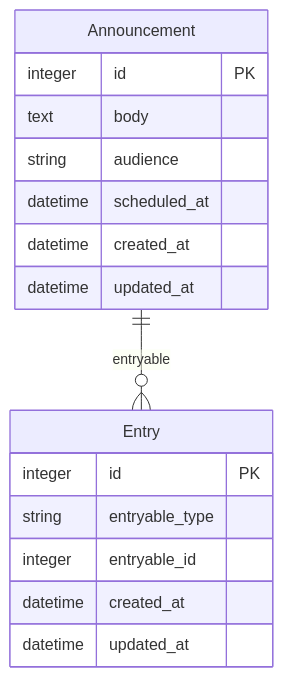
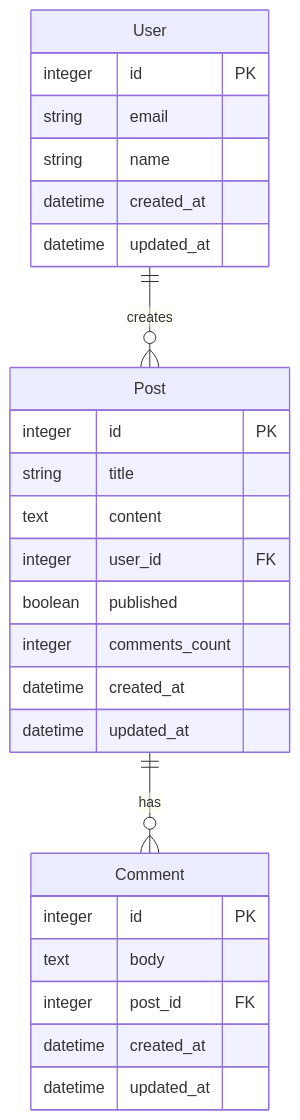
The diagram in README.md (seuros/rails_lens), drawn with Mermaid before and after one commit. The commit also changed other lines of this file, not shown here.

````diff
--- a/README.md
+++ b/README.md
@@ -77,19 +88,29 @@
 ```mermaid
 erDiagram
-    Announcement ||--o{ Entry : entryable
-    Announcement {
+    User ||--o{ Post : creates
+    Post ||--o{ Comment : has
+    Post {
         integer id PK
-        text body
-        string audience
-        datetime scheduled_at
+        string title
+        text content
+        integer user_id FK
+        boolean published
+        integer comments_count
         datetime created_at
         datetime updated_at
     }
-    Entry {
+    User {
         integer id PK
-        string entryable_type
-        integer entryable_id
+        string email
+        string name
+        datetime created_at
+        datetime updated_at
+    }
+    Comment {
+        integer id PK
+        text body
+        integer post_id FK
         datetime created_at
         datetime updated_at
     }
 ```
````
